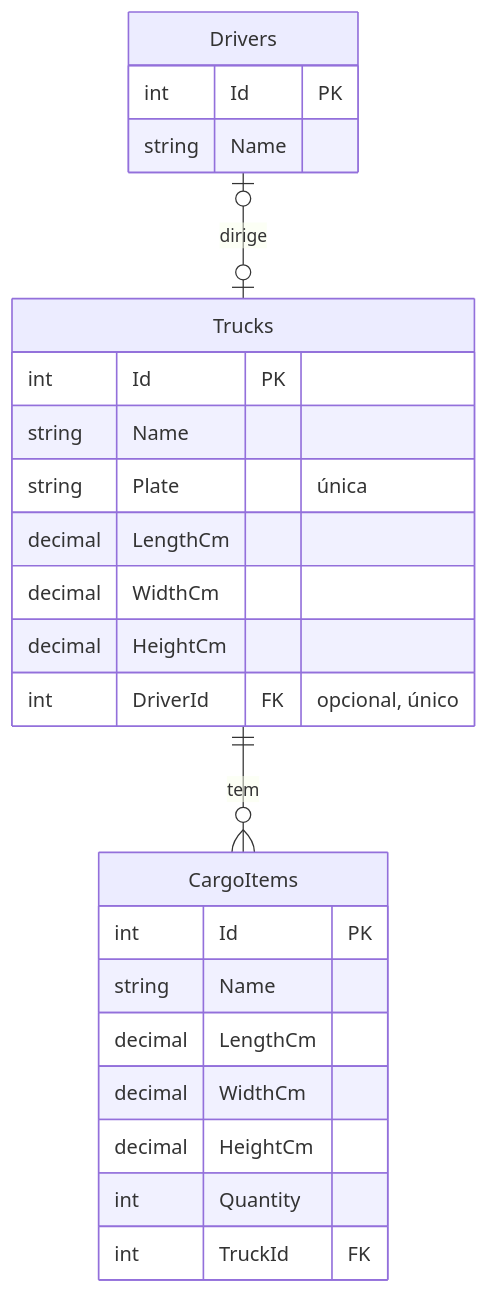
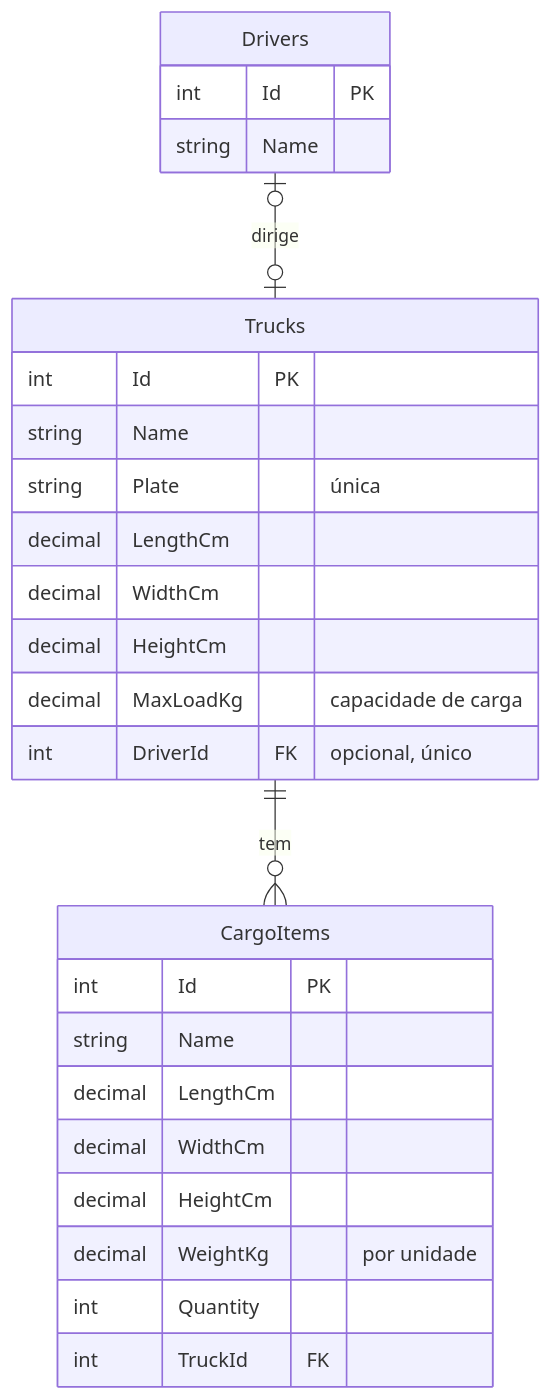
One commit to aeelmesq/pim-cubagem changed the first of 2 diagrams in base-conhecimento/06-modelo-de-dados.md. Above: the diagram before and after it, drawn with Mermaid. The commit also changed other lines of this file and 36 other files, not shown here.

````diff
--- a/base-conhecimento/06-modelo-de-dados.md
+++ b/base-conhecimento/06-modelo-de-dados.md
@@ -7,27 +7,29 @@
 ```mermaid
 erDiagram
     Trucks ||--o{ CargoItems : tem
     Drivers |o--o| Trucks : dirige
     Trucks {
         int Id PK
         string Name
         string Plate "única"
         decimal LengthCm
         decimal WidthCm
         decimal HeightCm
+        decimal MaxLoadKg "capacidade de carga"
         int DriverId FK "opcional, único"
     }
     Drivers {
         int Id PK
         string Name
     }
     CargoItems {
         int Id PK
         string Name
         decimal LengthCm
         decimal WidthCm
         decimal HeightCm
+        decimal WeightKg "por unidade"
         int Quantity
         int TruckId FK
     }
 ```
````
